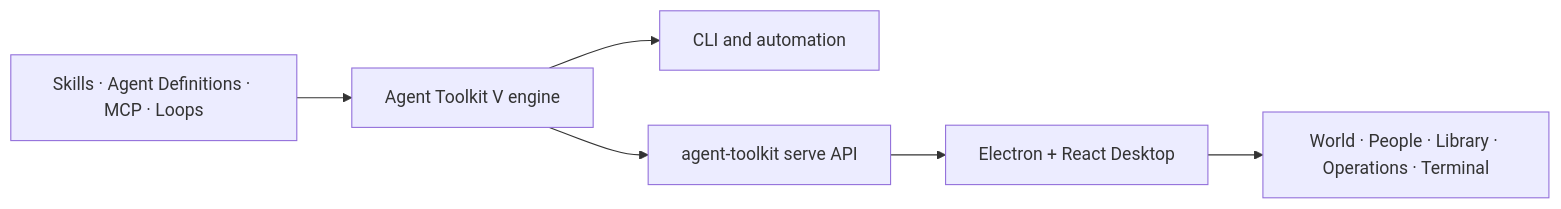
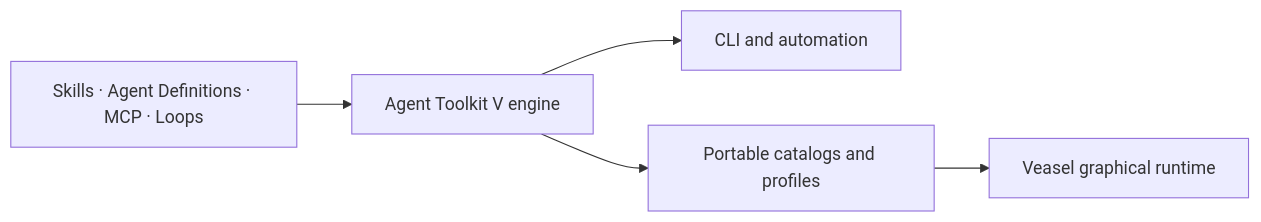
Before and after one commit to ulises-jeremias/agent-toolkit: the diagram in README.md, drawn with Mermaid. The commit also changed other lines of this file and 11 other files, not shown here.

First line of the commit message:
chore(desktop): retire Electron release channel (#1836)

````diff
--- a/README.md
+++ b/README.md
@@ -42,8 +43,7 @@
 ```mermaid
 flowchart LR
   A[Skills · Agent Definitions · MCP · Loops] --> B[Agent Toolkit V engine]
   B --> C[CLI and automation]
-  B --> D[agent-toolkit serve API]
-  D --> E[Electron + React Desktop]
-  E --> F[World · People · Library · Operations · Terminal]
+  B --> D[Portable catalogs and profiles]
+  D --> E[Veasel graphical runtime]
 ```
````
